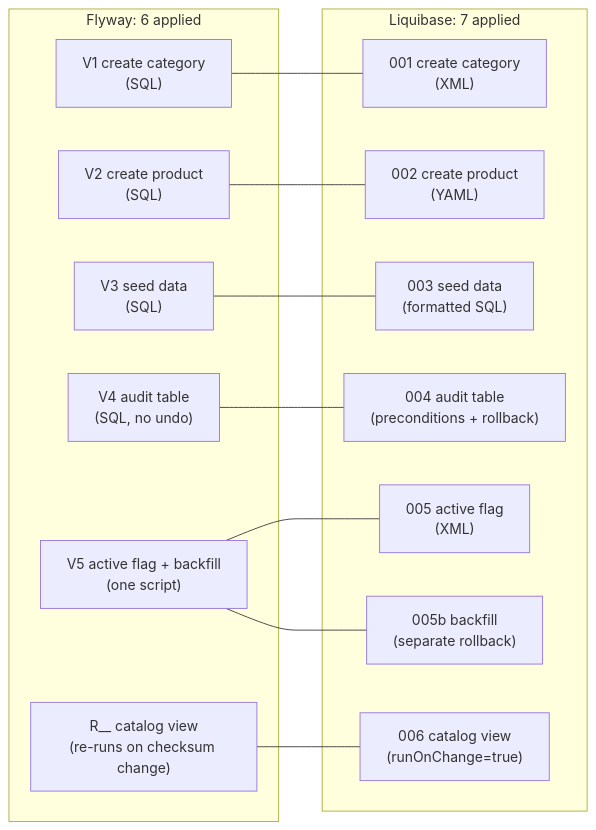
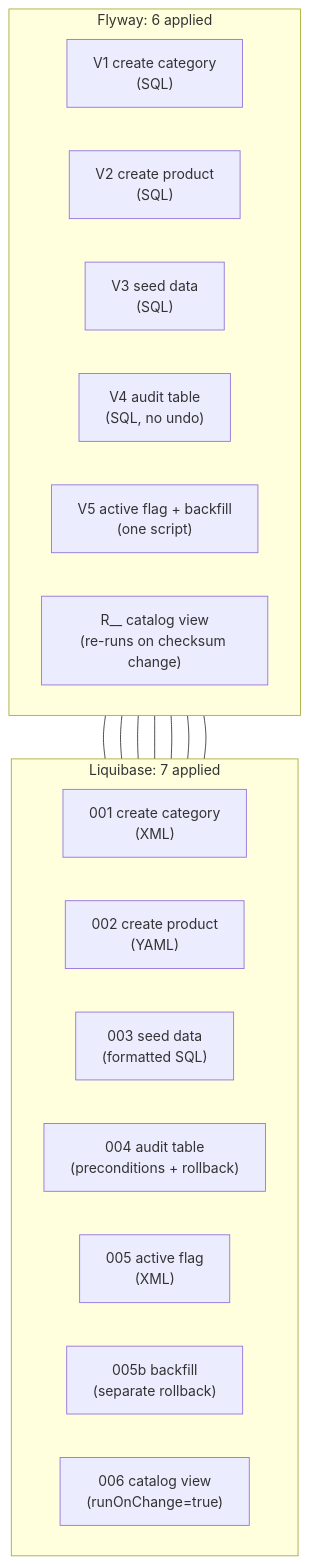
The diagram in docs/presentations/diagrams/paired-migrations.mmd (wallaceespindola/flyway-vs-liquibase-db-migrations), drawn with Mermaid before and after one commit. The commit also changed 13 other files, not shown here.

```diff
--- a/docs/presentations/diagrams/paired-migrations.mmd
+++ b/docs/presentations/diagrams/paired-migrations.mmd
@@ -1,25 +1,27 @@
-flowchart LR
+flowchart TB
     subgraph fw["Flyway: 6 applied"]
+        direction LR
         v1["V1 create category<br/>(SQL)"]
         v2["V2 create product<br/>(SQL)"]
         v3["V3 seed data<br/>(SQL)"]
         v4["V4 audit table<br/>(SQL, no undo)"]
         v5["V5 active flag + backfill<br/>(one script)"]
         r["R__ catalog view<br/>(re-runs on checksum change)"]
     end
     subgraph lb["Liquibase: 7 applied"]
+        direction LR
         c1["001 create category<br/>(XML)"]
         c2["002 create product<br/>(YAML)"]
         c3["003 seed data<br/>(formatted SQL)"]
         c4["004 audit table<br/>(preconditions + rollback)"]
         c5["005 active flag<br/>(XML)"]
         c5b["005b backfill<br/>(separate rollback)"]
         c6["006 catalog view<br/>(runOnChange=true)"]
     end
     v1 --- c1
     v2 --- c2
     v3 --- c3
     v4 --- c4
     v5 --- c5
     v5 --- c5b
     r --- c6
```
